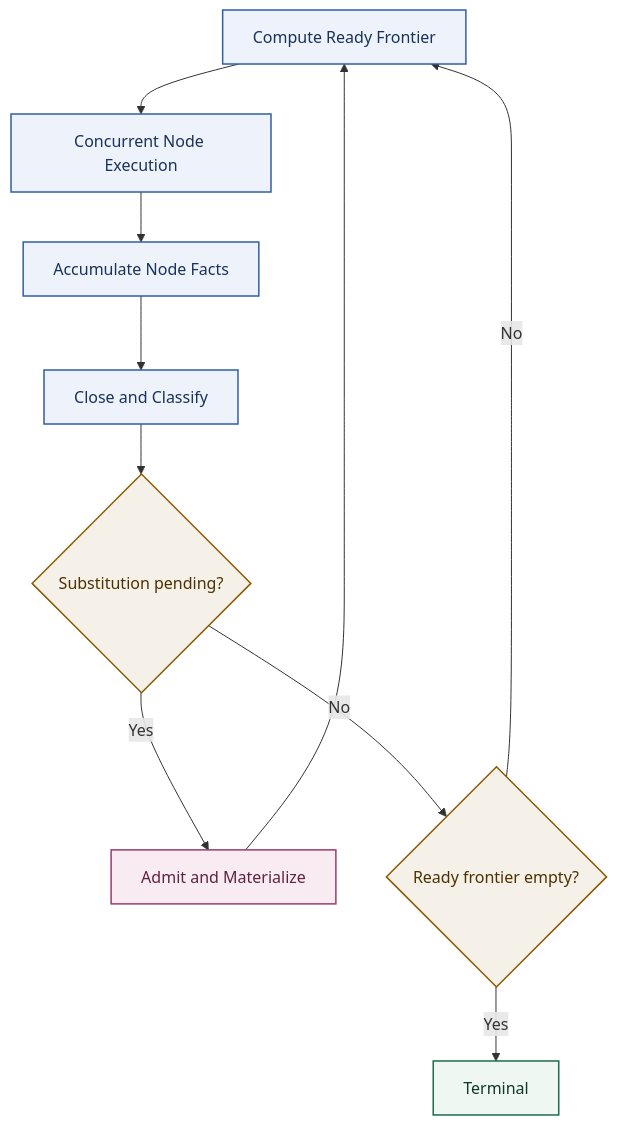
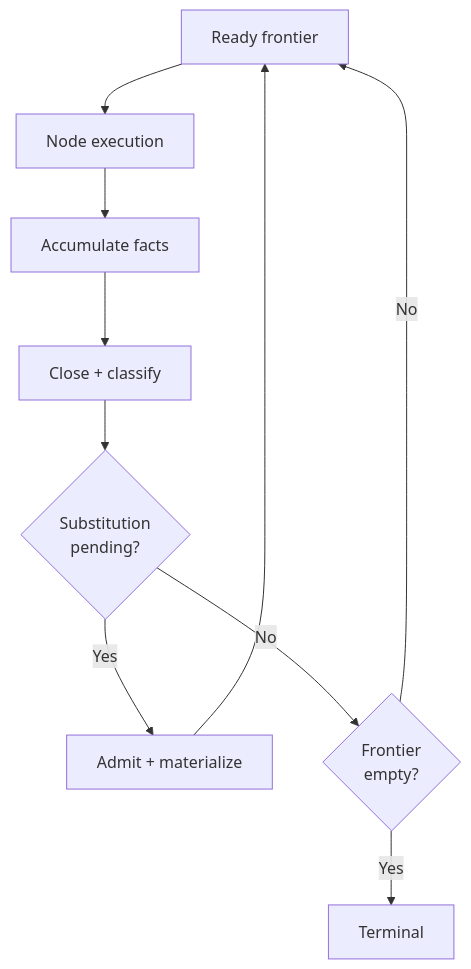
One commit to Digimuoto/cortex changed the second of 4 diagrams in docs/Publications/Paper-3-graph-substitution-semantics/manuscript.md. Above: the diagram before and after it, drawn with Mermaid. The commit also changed other lines of this file and 63 other files, not shown here.

````diff
--- a/docs/Publications/Paper-3-graph-substitution-semantics/manuscript.md
+++ b/docs/Publications/Paper-3-graph-substitution-semantics/manuscript.md
@@ -414,22 +403,12 @@
 ```mermaid
 flowchart TD
-    A["Compute Ready Frontier"] --> B["Concurrent Node Execution"]
-    B --> C["Accumulate Node Facts"]
-    C --> D["Close and Classify"]
-    D --> E{"Substitution pending?"}
-    E -- Yes --> F["Admit and Materialize"]
+    A["Ready frontier"] --> B["Node execution"]
+    B --> C["Accumulate facts"]
+    C --> D["Close + classify"]
+    D --> E{"Substitution<br/>pending?"}
+    E -- Yes --> F["Admit + materialize"]
     F --> A
-    E -- No --> G{"Ready frontier empty?"}
+    E -- No --> G{"Frontier<br/>empty?"}
     G -- No --> A
     G -- Yes --> H["Terminal"]
-
-    classDef runtime fill:#eef2fb,stroke:#315ea8,color:#19325a,stroke-width:1.5px;
-    classDef substitution fill:#f8ebf2,stroke:#9b3d6d,color:#5f2342,stroke-width:1.5px;
-    classDef decision fill:#f6f1e8,stroke:#8a5a00,color:#4b3200,stroke-width:1.5px;
-    classDef terminal fill:#eef7f2,stroke:#1f6b4f,color:#103827,stroke-width:1.5px;
-
-    class A,B,C,D runtime;
-    class E,G decision;
-    class F substitution;
-    class H terminal;
 ```
````
